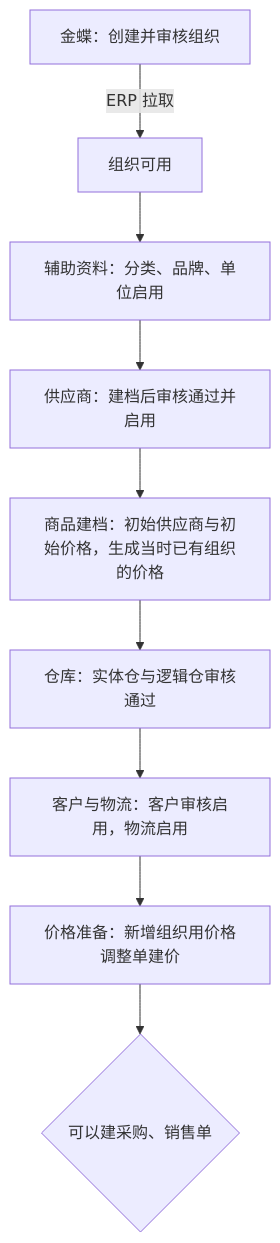
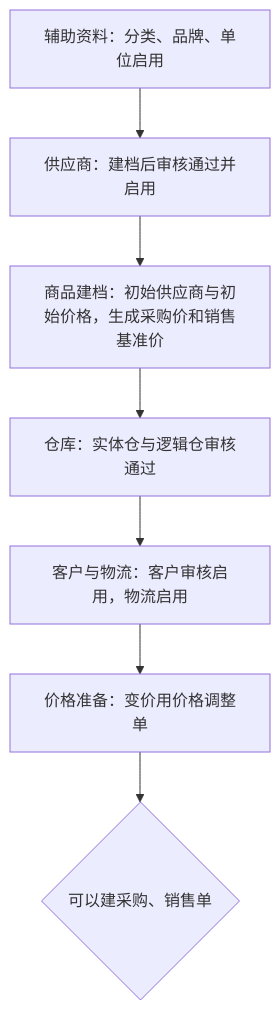
Before and after one commit to TopVitamin/QS-ERP-Project: the tenth of 11 diagrams in 04-产品设计方案/20260812-ERP项目第一版框架搭建/系统架构和流程/01-系统流程与单据交互.md, drawn with Mermaid. The commit also changed other lines of this file and 46 other files, not shown here.

````diff
--- a/04-产品设计方案/20260812-ERP项目第一版框架搭建/系统架构和流程/01-系统流程与单据交互.md
+++ b/04-产品设计方案/20260812-ERP项目第一版框架搭建/系统架构和流程/01-系统流程与单据交互.md
@@ -320,11 +320,9 @@
 ```mermaid
 flowchart TB
-    A[金蝶：创建并审核组织] -->|ERP 拉取| B[组织可用]
-    B --> C[辅助资料：分类、品牌、单位启用]
-    C --> D[供应商：建档后审核通过并启用]
-    D --> E[商品建档：初始供应商与初始价格，生成当时已有组织的价格]
-    E --> F[仓库：实体仓与逻辑仓审核通过]
-    F --> G[客户与物流：客户审核启用，物流启用]
-    G --> H[价格准备：新增组织用价格调整单建价]
-    H --> I{可以建采购、销售单}
+    A[辅助资料：分类、品牌、单位启用] --> B[供应商：建档后审核通过并启用]
+    B --> C[商品建档：初始供应商与初始价格，生成采购价和销售基准价]
+    C --> D[仓库：实体仓与逻辑仓审核通过]
+    D --> E[客户与物流：客户审核启用，物流启用]
+    E --> F[价格准备：变价用价格调整单]
+    F --> G{可以建采购、销售单}
 ```
````
